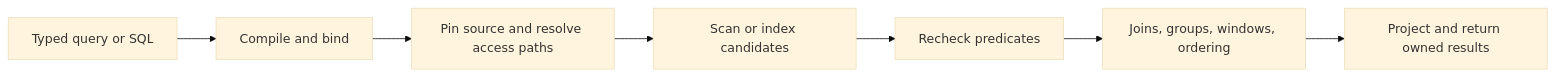
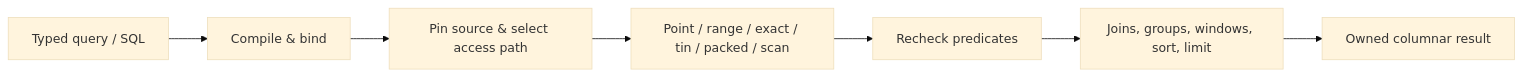
One commit to thesyncim/vibedb changed the diagram in docs/design/query-execution.md. Above: the diagram before and after it, drawn with Mermaid (base theme). The commit also changed other lines of this file and 1871 other files, not shown here.

````diff
--- a/docs/design/query-execution.md
+++ b/docs/design/query-execution.md
@@ -15,9 +11,9 @@
 ```mermaid
 flowchart LR
-    Input[Typed query or SQL] --> Plan[Compile and bind]
-    Plan --> Source[Pin source and resolve access paths]
-    Source --> Candidates[Scan or index candidates]
-    Candidates --> Filter[Recheck predicates]
-    Filter --> Operators[Joins, groups, windows, ordering]
-    Operators --> Result[Project and return owned results]
+    Input[Typed query / SQL] --> Plan[Compile & bind]
+    Plan --> Source[Pin source & select access path]
+    Source --> Cand[Point / range / exact / tin / packed / scan]
+    Cand --> Filter[Recheck predicates]
+    Filter --> Ops[Joins, groups, windows, sort, limit]
+    Ops --> Out[Owned columnar result]
 ```
````
